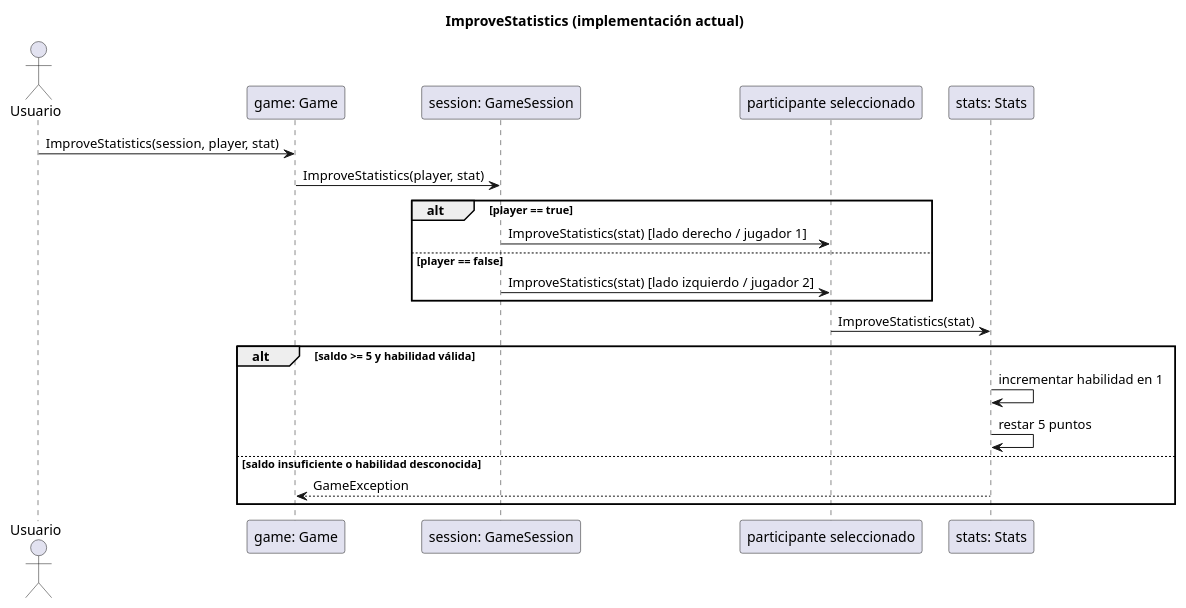
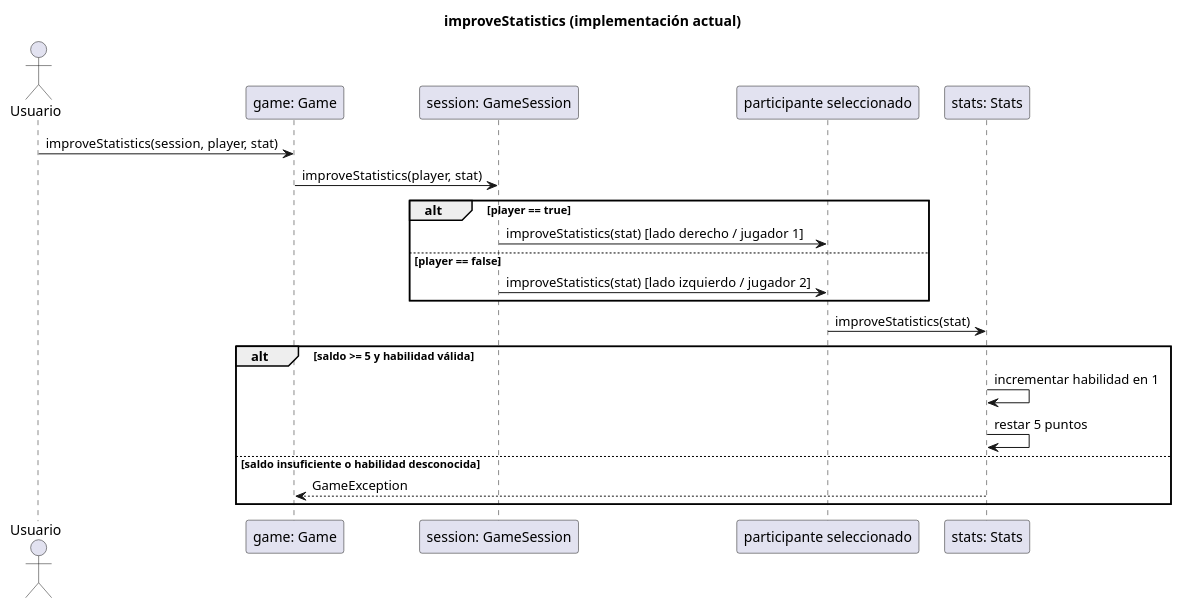
One commit to PaglkG/ProyectoFinal-Dopo changed the sixth of 9 diagrams in docs/uml/domain-sequences.puml. Above: the diagram before and after it, drawn with PlantUML. The commit also changed 41 other files, not shown here.

Commit message:
ajuste de diagrama de clase Game y session

```diff
--- a/docs/uml/domain-sequences.puml
+++ b/docs/uml/domain-sequences.puml
@@ -97,22 +97,22 @@
 @startuml
-title ImproveStatistics (implementación actual)
+title improveStatistics (implementación actual)
 actor Usuario
 participant "game: Game" as G
 participant "session: GameSession" as S
 participant "participante seleccionado" as P
 participant "stats: Stats" as T
-Usuario -> G: ImproveStatistics(session, player, stat)
-G -> S: ImproveStatistics(player, stat)
+Usuario -> G: improveStatistics(session, player, stat)
+G -> S: improveStatistics(player, stat)
 alt player == true
-  S -> P: ImproveStatistics(stat) [lado derecho / jugador 1]
+  S -> P: improveStatistics(stat) [lado derecho / jugador 1]
 else player == false
-  S -> P: ImproveStatistics(stat) [lado izquierdo / jugador 2]
+  S -> P: improveStatistics(stat) [lado izquierdo / jugador 2]
 end
-P -> T: ImproveStatistics(stat)
+P -> T: improveStatistics(stat)
 alt saldo >= 5 y habilidad válida
   T -> T: incrementar habilidad en 1
   T -> T: restar 5 puntos
 else saldo insuficiente o habilidad desconocida
   T --> G: GameException
 end
 @enduml
```
